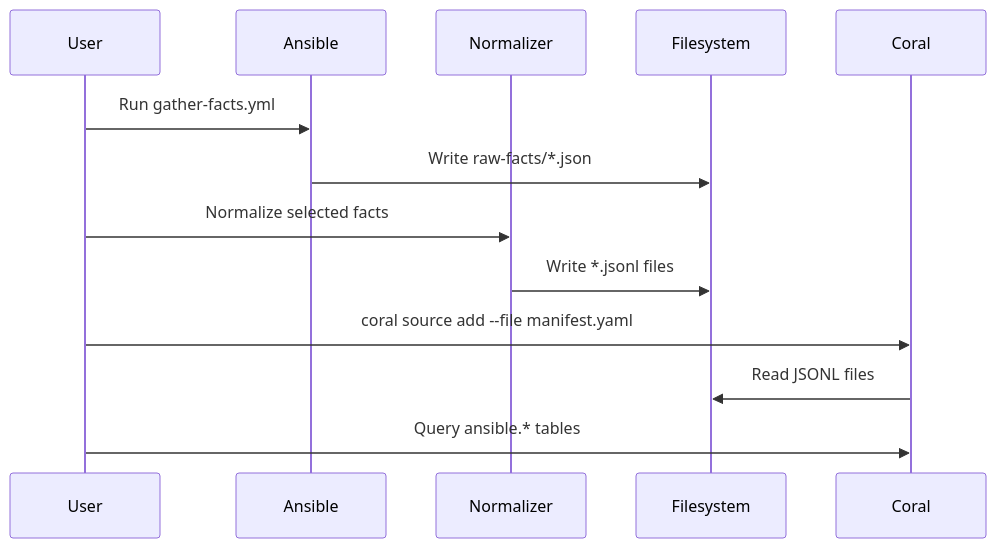
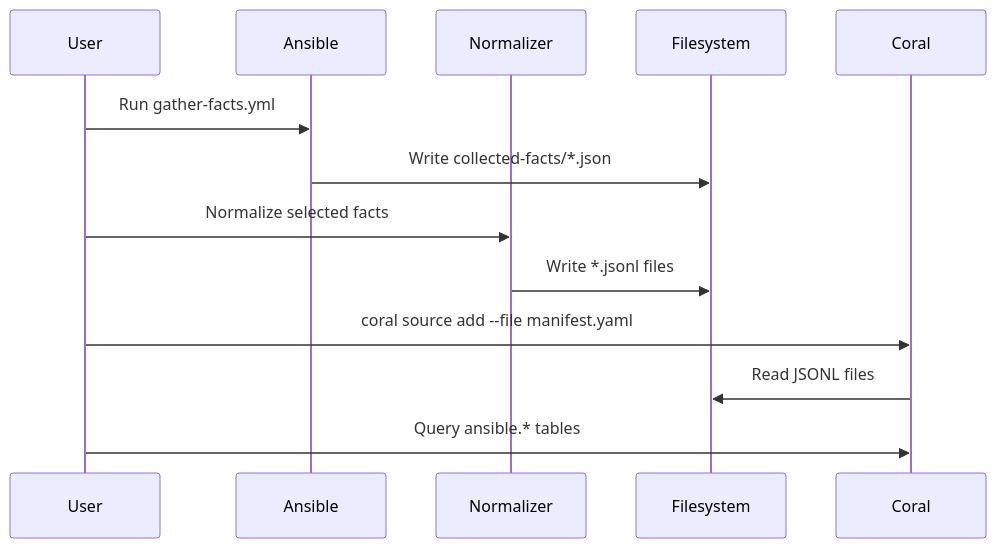
The third of 3 diagrams in sources/community/ansible/README.md (withcoral/coral), drawn with Mermaid before and after one commit. The commit also changed other lines of this file and 6 other files, not shown here.

````diff
--- a/sources/community/ansible/README.md
+++ b/sources/community/ansible/README.md
@@ -132,16 +132,16 @@
 ```mermaid
 sequenceDiagram
   participant User
   participant Ansible
   participant Normalizer
   participant Filesystem
   participant Coral
 
   User->>Ansible: Run gather-facts.yml
-  Ansible->>Filesystem: Write raw-facts/*.json
+  Ansible->>Filesystem: Write collected-facts/*.json
   User->>Normalizer: Normalize selected facts
   Normalizer->>Filesystem: Write *.jsonl files
   User->>Coral: coral source add --file manifest.yaml
   Coral->>Filesystem: Read JSONL files
   User->>Coral: Query ansible.* tables
 ```
````
